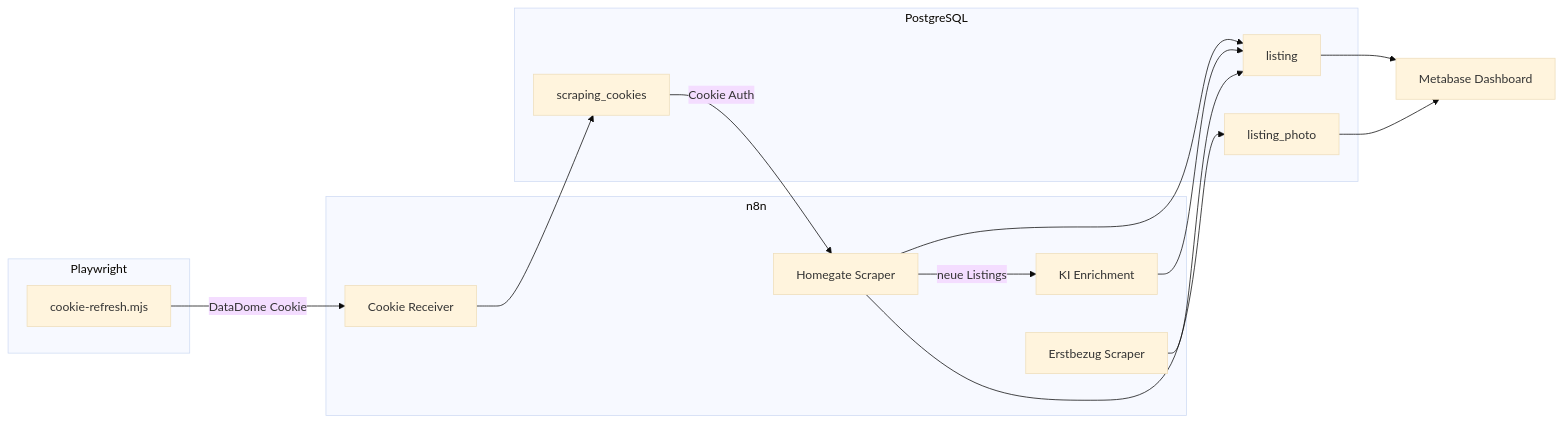
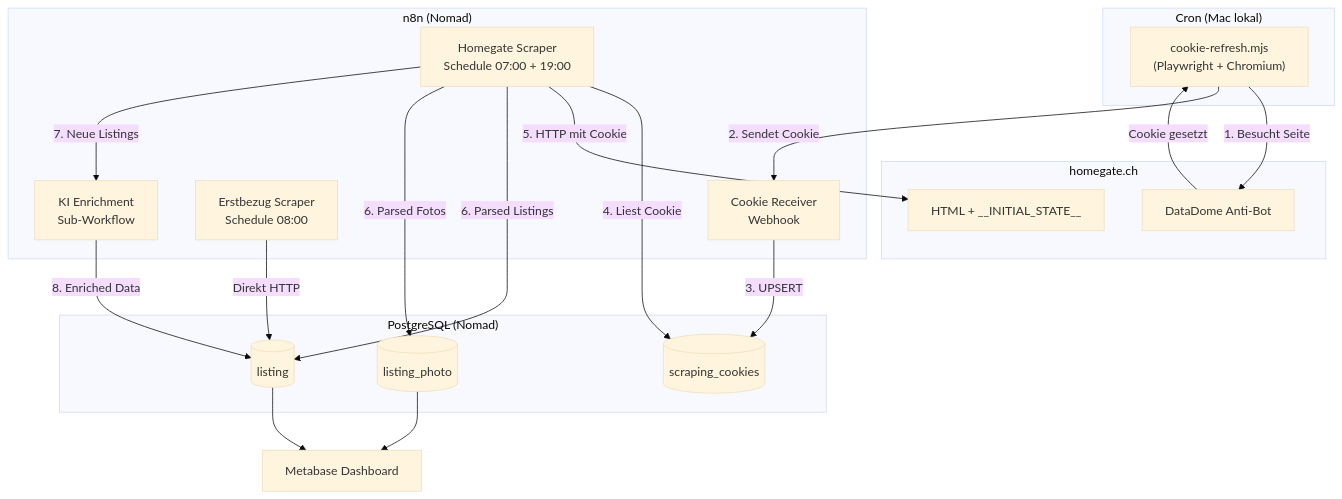
The first of 2 diagrams in docs/services/productivity/immobilien-monitoring.md (derever-labs/homelab-wiki), drawn with Mermaid (base theme) before and after one commit. The commit also changed other lines of this file, not shown here.

Commit message:
docs(immobilien-monitoring): Vollständige Dokumentation mit Diagrammen

````diff
--- a/docs/services/productivity/immobilien-monitoring.md
+++ b/docs/services/productivity/immobilien-monitoring.md
@@ -30,30 +33,43 @@
 ```mermaid
-flowchart LR
-    subgraph Playwright
-        CR[cookie-refresh.mjs]
+flowchart TB
+    subgraph cron ["Cron (Mac lokal)"]
+        PW["cookie-refresh.mjs<br/>(Playwright + Chromium)"]
     end
 
-    subgraph n8n
-        WH[Cookie Receiver]
-        HG[Homegate Scraper]
-        EB[Erstbezug Scraper]
-        KI[KI Enrichment]
+    subgraph homegate ["homegate.ch"]
+        DD[DataDome Anti-Bot]
+        HTML["HTML + __INITIAL_STATE__"]
     end
 
-    subgraph PostgreSQL
-        SC[scraping_cookies]
-        LS[listing]
-        LP[listing_photo]
+    subgraph n8n ["n8n (Nomad)"]
+        WH[Cookie Receiver<br/>Webhook]
+        HG[Homegate Scraper<br/>Schedule 07:00 + 19:00]
+        EB[Erstbezug Scraper<br/>Schedule 08:00]
+        KI[KI Enrichment<br/>Sub-Workflow]
+    end
+
+    subgraph pg ["PostgreSQL (Nomad)"]
+        SC[(scraping_cookies)]
+        LS[(listing)]
+        LP[(listing_photo)]
     end
 
     MB[Metabase Dashboard]
 
-    CR -->|DataDome Cookie| WH --> SC
-    SC -->|Cookie Auth| HG
-    HG --> LS
-    HG --> LP
-    HG -->|neue Listings| KI --> LS
-    EB --> LS
+    PW -->|1. Besucht Seite| DD
+    DD -->|Cookie gesetzt| PW
+    PW -->|2. Sendet Cookie| WH
+    WH -->|3. UPSERT| SC
+
+    HG -->|4. Liest Cookie| SC
+    HG -->|5. HTTP mit Cookie| HTML
+    HG -->|6. Parsed Listings| LS
+    HG -->|6. Parsed Fotos| LP
+    HG -->|7. Neue Listings| KI
+    KI -->|8. Enriched Data| LS
+
+    EB -->|Direkt HTTP| LS
+
     LS --> MB
     LP --> MB
 ```
````
